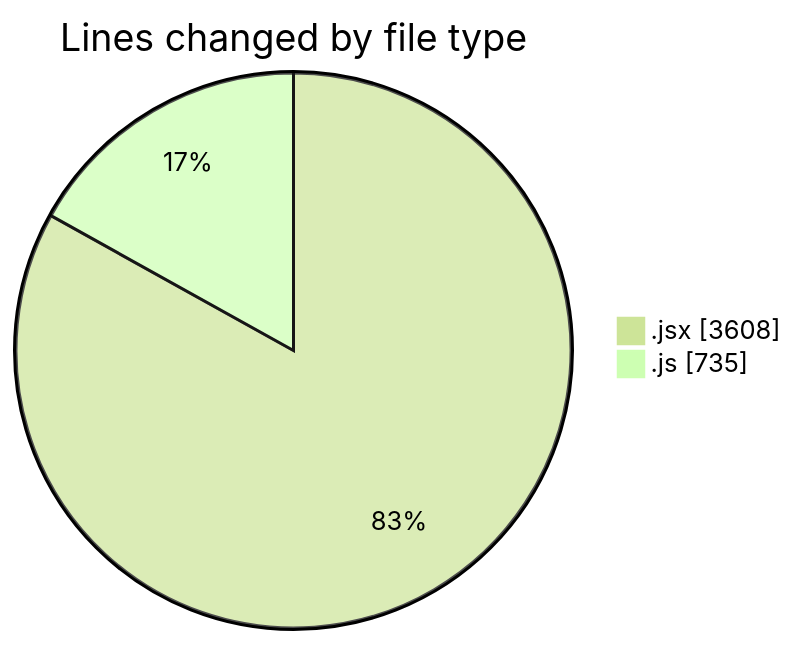
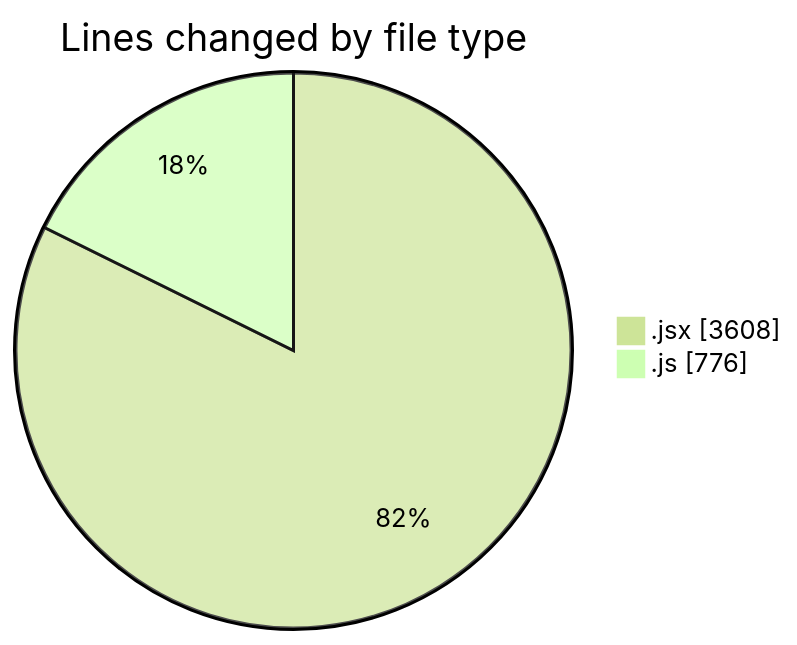
One commit to nxtqubesakshisongat/code-tracking changed the first of 2 diagrams in 2025-07-21/nxtqube_webapp/README.md. Above: the diagram before and after it, drawn with Mermaid (forest theme). The commit also changed other lines of this file and 1 other file, not shown here.

````diff
--- a/2025-07-21/nxtqube_webapp/README.md
+++ b/2025-07-21/nxtqube_webapp/README.md
@@ -27,6 +27,6 @@
 ```mermaid
 pie showData
 title Lines changed by file type
 ".jsx" : 3608
-".js" : 735
+".js" : 776
 ```
````
